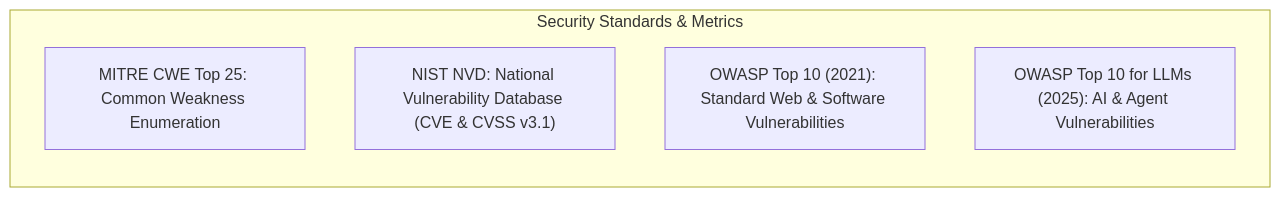
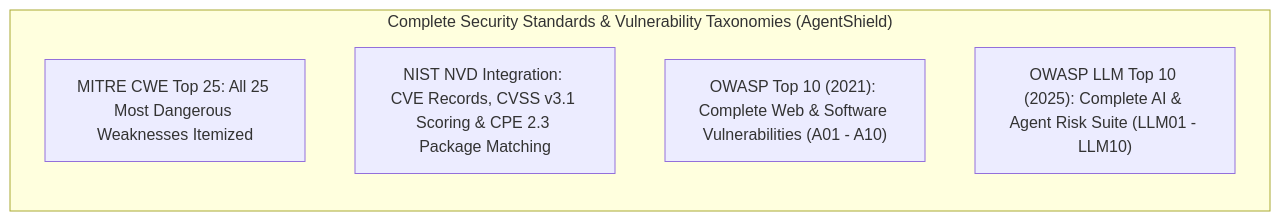
Before and after one commit to Fool-Penguin/Senior-Project: the second of 4 diagrams in 01_project_proposals/02_Competitor_Analysis_And_Datasets_Report.md, drawn with Mermaid. The commit also changed other lines of this file, not shown here.

Commit message:
docs: synchronize full metric specification and security standards in competitor analysis report

````diff
--- a/01_project_proposals/02_Competitor_Analysis_And_Datasets_Report.md
+++ b/01_project_proposals/02_Competitor_Analysis_And_Datasets_Report.md
@@ -61,10 +67,10 @@
 ```mermaid
 flowchart TD
-    subgraph SecurityFrameworks ["Security Standards & Metrics"]
+    subgraph SecurityFrameworks ["Complete Security Standards & Vulnerability Taxonomies (AgentShield)"]
         direction TB
-        S1["MITRE CWE Top 25: Common Weakness Enumeration"]
-        S2["NIST NVD: National Vulnerability Database (CVE & CVSS v3.1)"]
-        S3["OWASP Top 10 (2021): Standard Web & Software Vulnerabilities"]
-        S4["OWASP Top 10 for LLMs (2025): AI & Agent Vulnerabilities"]
+        S1["MITRE CWE Top 25: All 25 Most Dangerous Weaknesses Itemized"]
+        S2["NIST NVD Integration: CVE Records, CVSS v3.1 Scoring & CPE 2.3 Package Matching"]
+        S3["OWASP Top 10 (2021): Complete Web & Software Vulnerabilities (A01 - A10)"]
+        S4["OWASP LLM Top 10 (2025): Complete AI & Agent Risk Suite (LLM01 - LLM10)"]
     end
 ```
````
